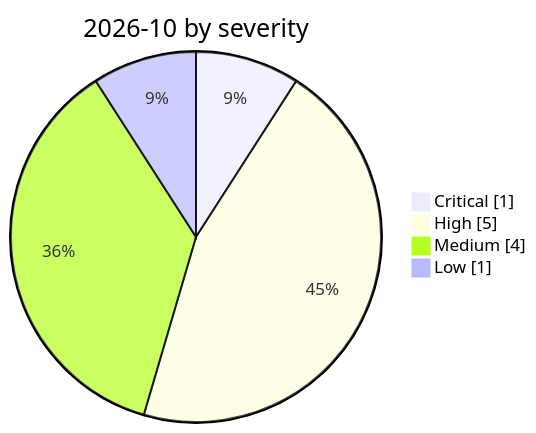
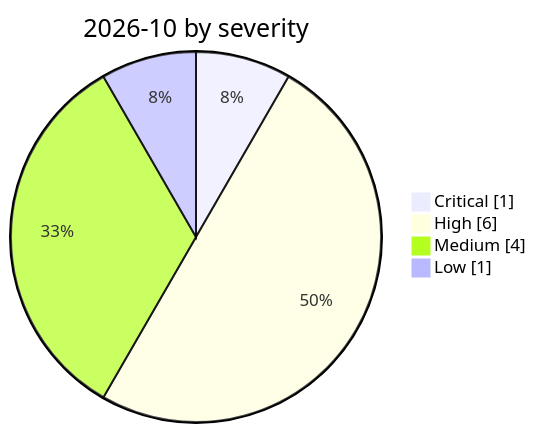
Before and after one commit to Continuum-AI-Corp/Orca-AI-Incident-Archive: the diagram in incidents/2026-10/README.md, drawn with Mermaid. The commit also changed other lines of this file and 27 other files, not shown here.

````diff
--- a/incidents/2026-10/README.md
+++ b/incidents/2026-10/README.md
@@ -8,8 +8,8 @@
 ```mermaid
 pie showData
     title 2026-10 by severity
     "Critical" : 1
-    "High" : 5
+    "High" : 6
     "Medium" : 4
     "Low" : 1
 ```
````
